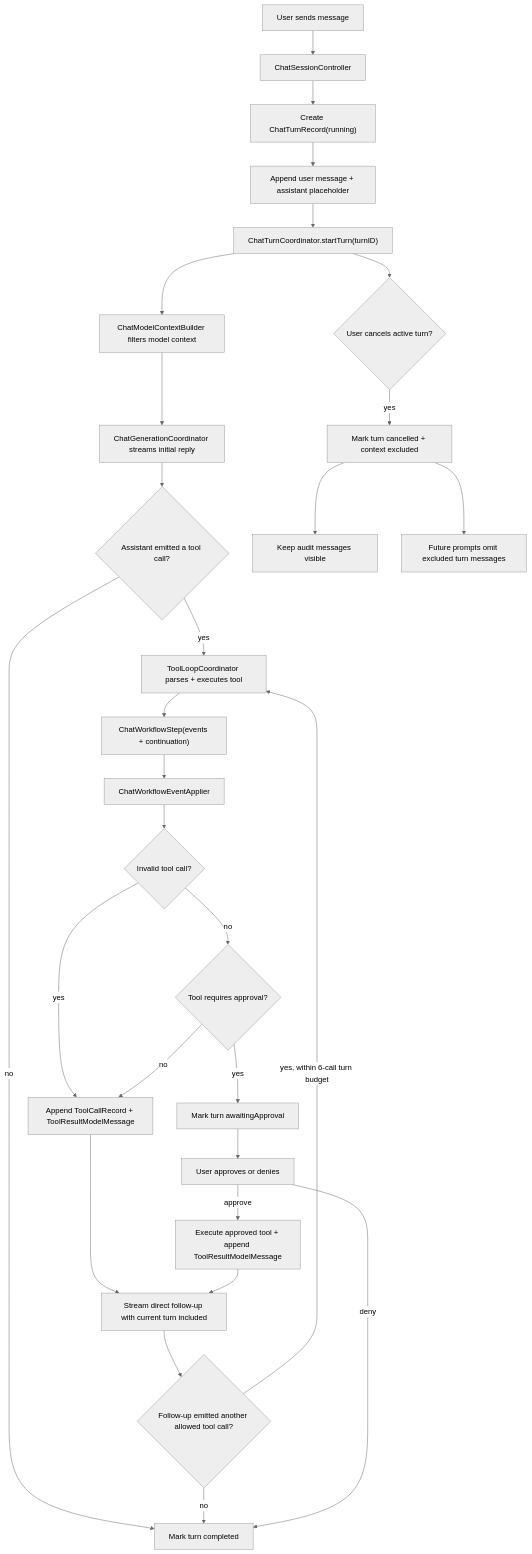
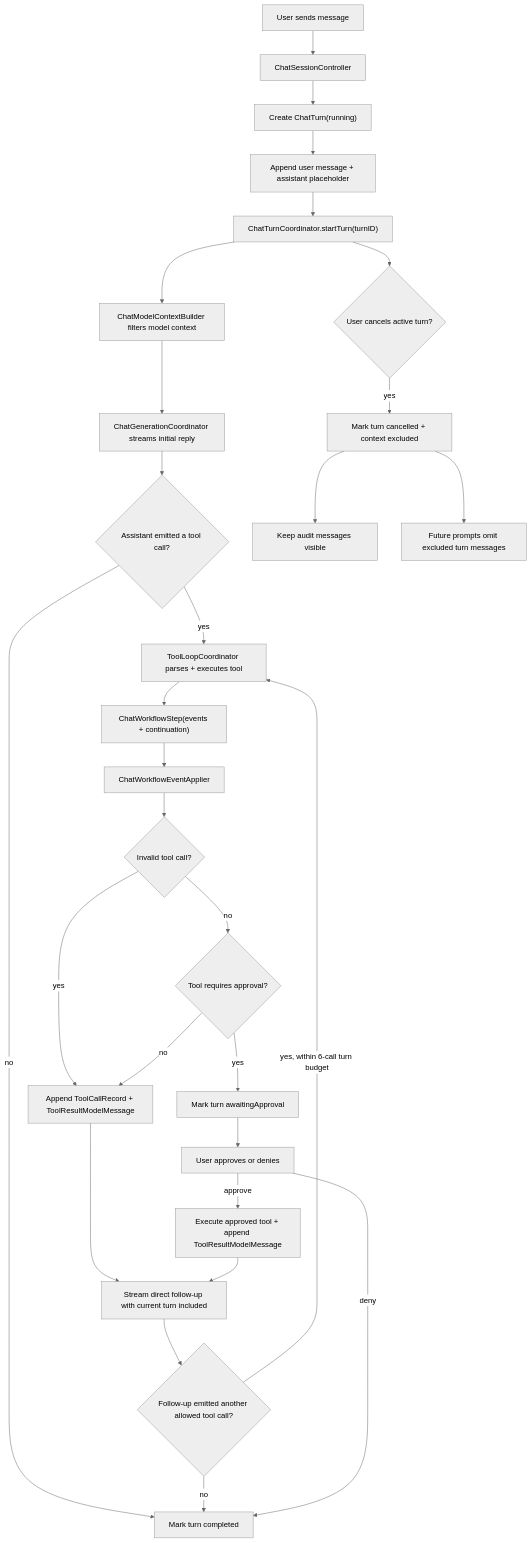
One commit to ngutech21/sumika-chat changed the diagram in docs/chat-runtime.md. Above: the diagram before and after it, drawn with Mermaid (neutral theme). The commit also changed other lines of this file and 19 other files, not shown here.

Commit message:
refactor: replace ChatTurnRecord with ChatTurn across the codebase

````diff
--- a/docs/chat-runtime.md
+++ b/docs/chat-runtime.md
@@ -10,31 +10,31 @@
 ```mermaid
 flowchart TD
   A["User sends message"] --> B["ChatSessionController"]
-  B --> C["Create ChatTurnRecord(running)"]
+  B --> C["Create ChatTurn(running)"]
   C --> D["Append user message + assistant placeholder"]
   D --> E["ChatTurnCoordinator.startTurn(turnID)"]
   E --> F["ChatModelContextBuilder filters model context"]
   F --> G["ChatGenerationCoordinator streams initial reply"]
   G --> H{"Assistant emitted a tool call?"}
   H -- "no" --> I["Mark turn completed"]
   H -- "yes" --> J["ToolLoopCoordinator parses + executes tool"]
   J --> W["ChatWorkflowStep(events + continuation)"]
   W --> X["ChatWorkflowEventApplier"]
   X --> V{"Invalid tool call?"}
   V -- "yes" --> L
   V -- "no" --> K{"Tool requires approval?"}
   K -- "no" --> L["Append ToolCallRecord + ToolResultModelMessage"]
   L --> Q["Stream direct follow-up with current turn included"]
   Q --> U{"Follow-up emitted another allowed tool call?"}
   U -- "yes, within 6-call turn budget" --> J
   U -- "no" --> I
   K -- "yes" --> R["Mark turn awaitingApproval"]
   R --> S["User approves or denies"]
   S -- "approve" --> T["Execute approved tool + append ToolResultModelMessage"]
   T --> Q
   S -- "deny" --> I
   E --> M{"User cancels active turn?"}
   M -- "yes" --> N["Mark turn cancelled + context excluded"]
   N --> O["Keep audit messages visible"]
   N --> P["Future prompts omit excluded turn messages"]
 ```
````
